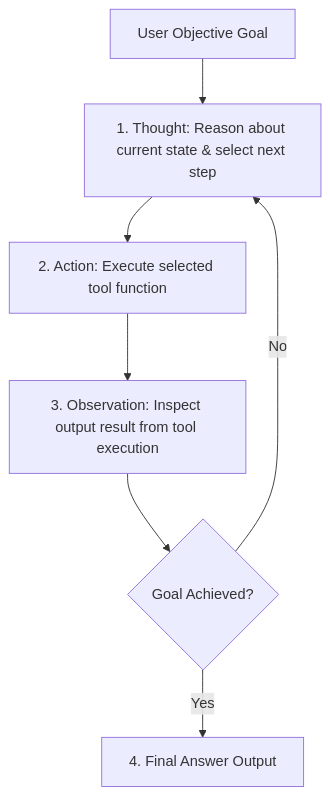
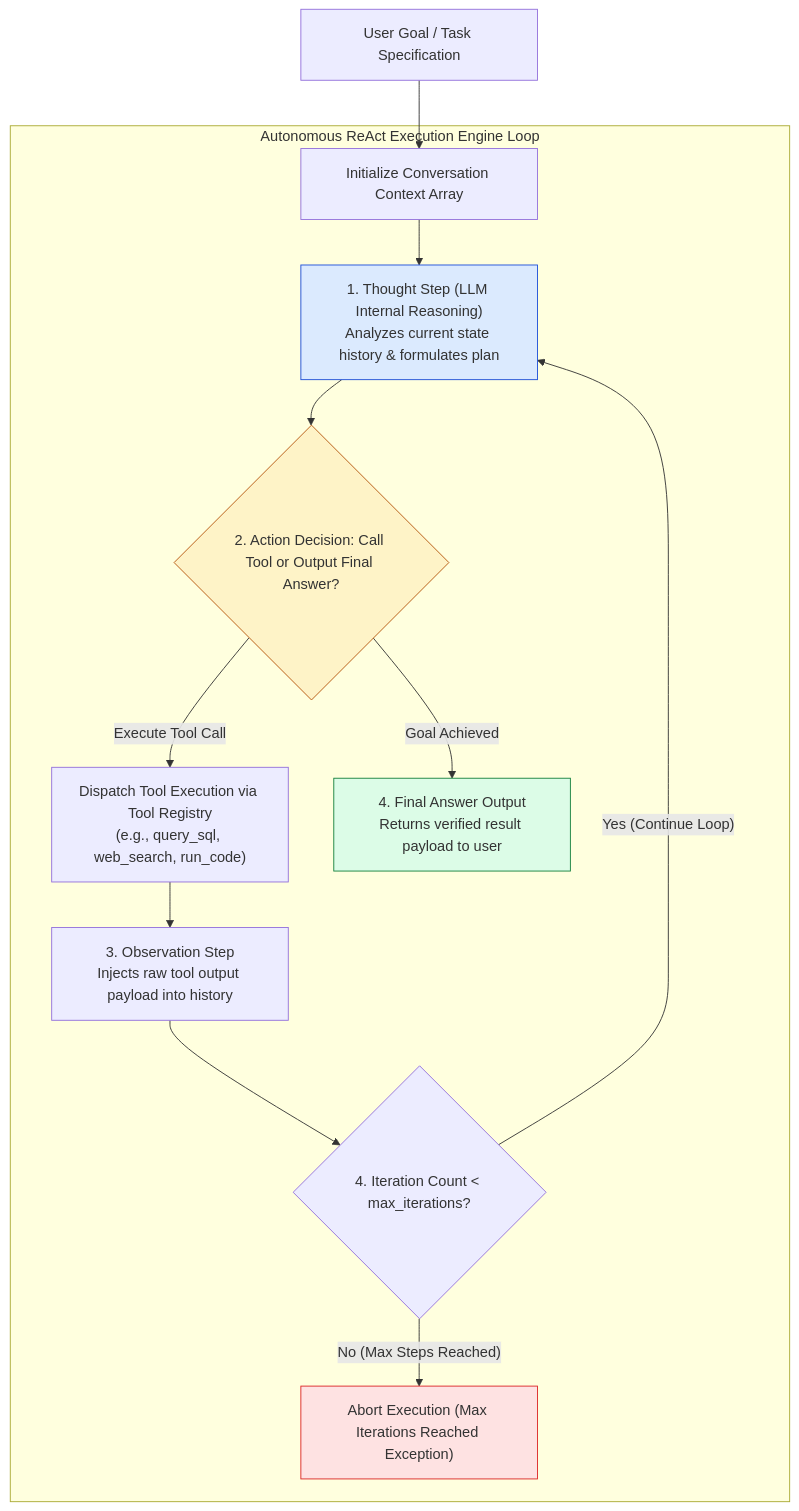
The first of 3 diagrams in agentic-ai-notes/00-foundations/11-react-loop-and-agent-internals.md (Amie-dev/engineering-playbook), drawn with Mermaid before and after one commit. The commit also changed other lines of this file and 17 other files, not shown here.

Commit message:
Refactor observability and tracing documentation to enhance clarity and detail; expand Model Context Protocol (MCP) architecture with JSON-RPC primitives; update decision framework to emphasize architectural complexity and decision-making processes.

````diff
--- a/agentic-ai-notes/00-foundations/11-react-loop-and-agent-internals.md
+++ b/agentic-ai-notes/00-foundations/11-react-loop-and-agent-internals.md
@@ -10,9 +13,25 @@
 ```mermaid
 flowchart TD
-    Task[User Objective Goal] --> Thought["1. Thought: Reason about current state & select next step"]
-    Thought --> Action["2. Action: Execute selected tool function"]
-    Action --> Observation["3. Observation: Inspect output result from tool execution"]
-    Observation --> GoalCheck{Goal Achieved?}
-    GoalCheck -- No --> Thought
-    GoalCheck -- Yes --> FinalAnswer["4. Final Answer Output"]
+    UserGoal[User Goal / Task Specification] --> InitContext["Initialize Conversation Context Array"]
+
+    subgraph Autonomous ReAct Execution Engine Loop
+        InitContext --> ThoughtStep["1. Thought Step (LLM Internal Reasoning)<br/>Analyzes current state history & formulates plan"]
+
+        ThoughtStep --> ActionStep{2. Action Decision: Call Tool or Output Final Answer?}
+
+        ActionStep -- "Execute Tool Call" --> ToolDispatch["Dispatch Tool Execution via Tool Registry<br/>(e.g., query_sql, web_search, run_code)"]
+
+        ToolDispatch --> ObsStep["3. Observation Step<br/>Injects raw tool output payload into history"]
+
+        ObsStep --> LoopGuard{4. Iteration Count < max_iterations?}
+        LoopGuard -- "Yes (Continue Loop)" --> ThoughtStep
+        LoopGuard -- "No (Max Steps Reached)" --> AbortGuard["Abort Execution (Max Iterations Reached Exception)"]
+
+        ActionStep -- "Goal Achieved" --> FinalAns["4. Final Answer Output<br/>Returns verified result payload to user"]
+    end
+
+    style ThoughtStep fill:#dbeafe,stroke:#1d4ed8
+    style ActionStep fill:#fef3c7,stroke:#b45309
+    style FinalAns fill:#dcfce7,stroke:#15803d
+    style AbortGuard fill:#fee2e2,stroke:#dc2626
 ```
````
